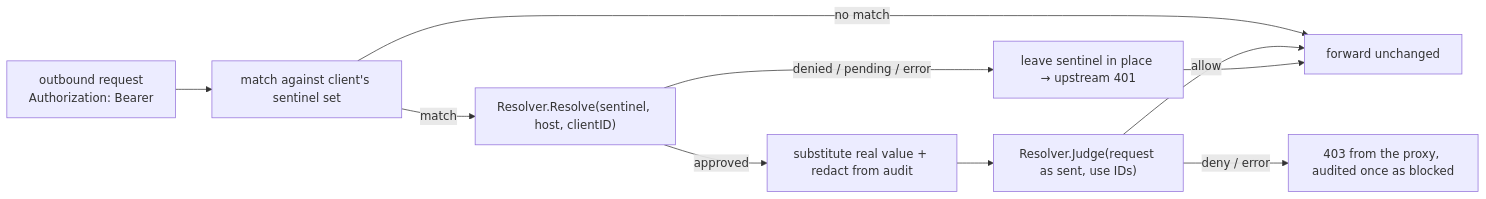
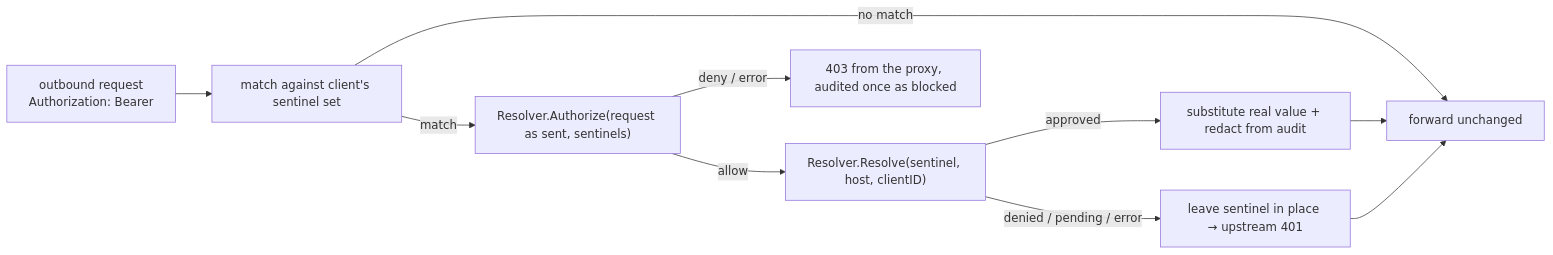
One commit to discobox-ai/discobox changed the second of 3 diagrams in proxy/DESIGN.md. Above: the diagram before and after it, drawn with Mermaid. The commit also changed other lines of this file and 9 other files, not shown here.

````diff
--- a/proxy/DESIGN.md
+++ b/proxy/DESIGN.md
@@ -181,12 +181,12 @@
 ```mermaid
 flowchart LR
     req["outbound request\nAuthorization: Bearer <sentinel>"] --> scan["match against client's sentinel set"]
     scan -->|no match| fwd["forward unchanged"]
-    scan -->|match| resolve["Resolver.Resolve(sentinel, host, clientID)"]
+    scan -->|match| judge["Resolver.Authorize(request as sent, sentinels)"]
+    judge -->|deny / error| refuse["403 from the proxy, audited once as blocked"]
+    judge -->|allow| resolve["Resolver.Resolve(sentinel, host, clientID)"]
     resolve -->|approved| swap["substitute real value + redact from audit"]
     resolve -->|denied / pending / error| leave["leave sentinel in place → upstream 401"]
-    swap --> judge["Resolver.Judge(request as sent, use IDs)"]
-    judge -->|allow| fwd
-    judge -->|deny / error| refuse["403 from the proxy, audited once as blocked"]
+    swap --> fwd
     leave --> fwd
 ```
````
